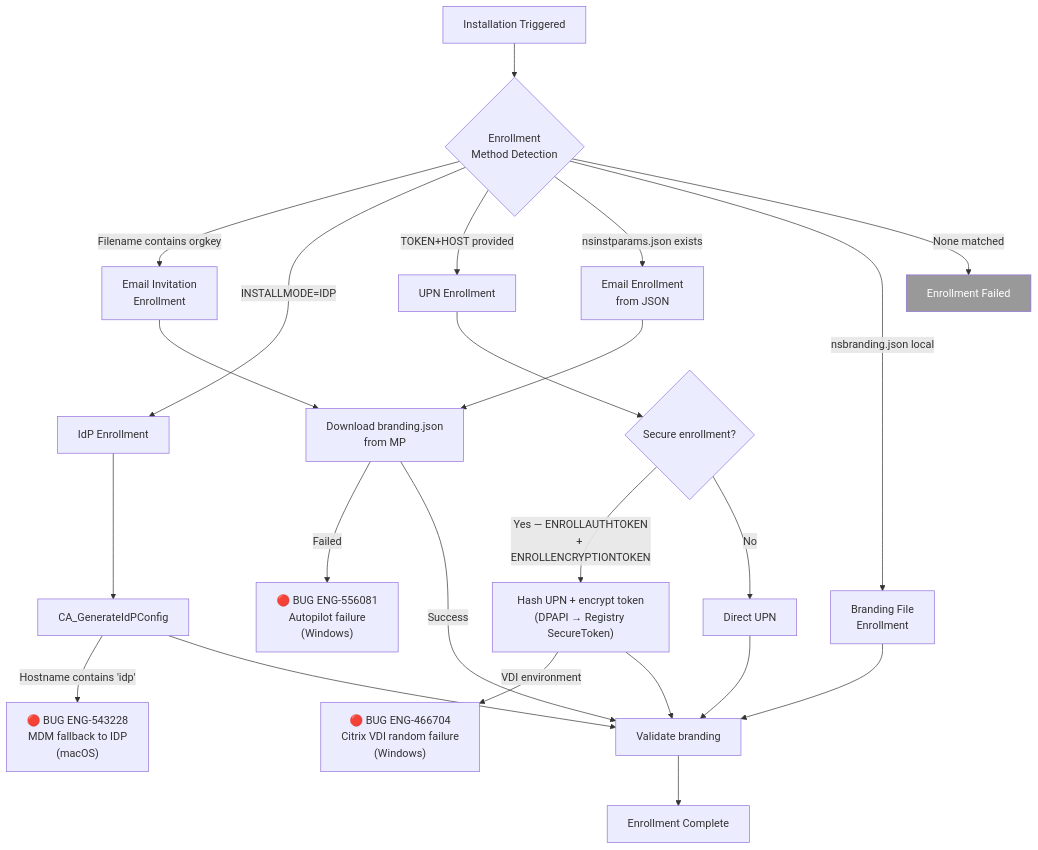
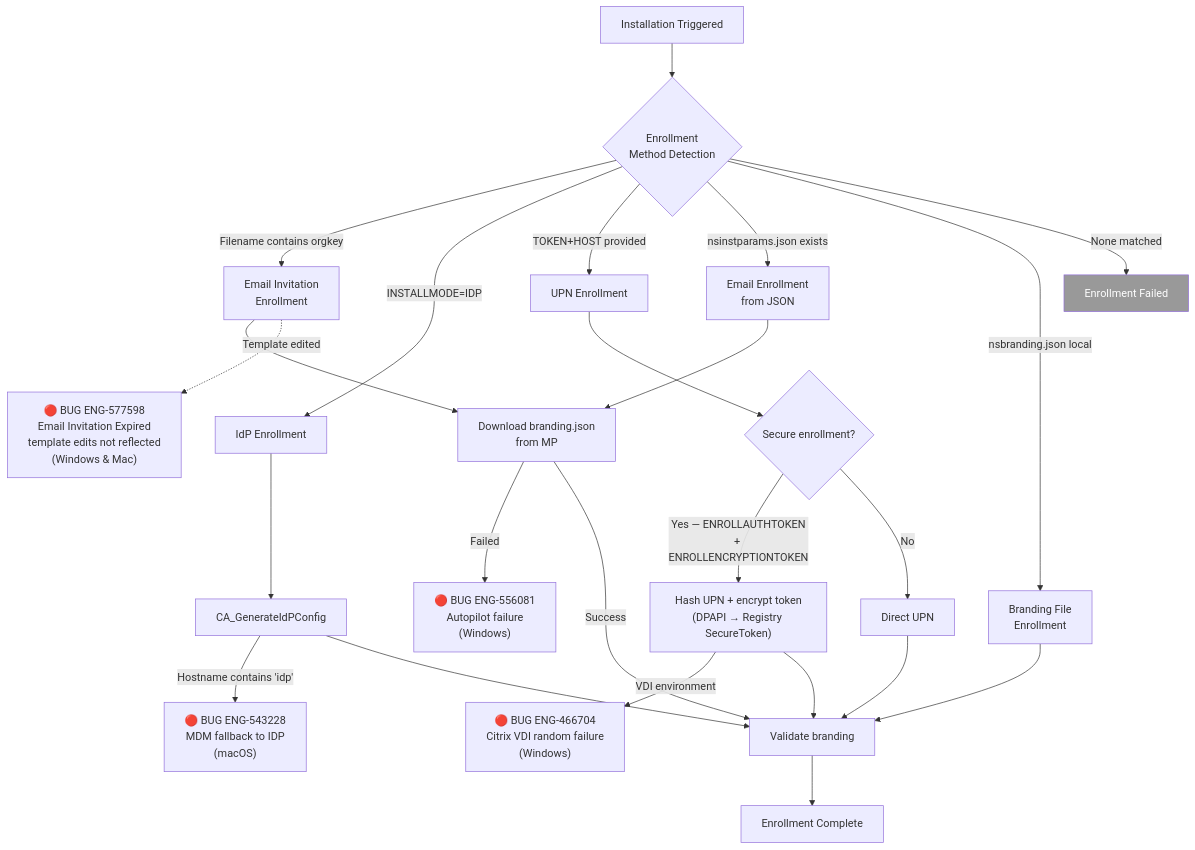
One commit to ns-klin/endpoint_system_test_plan changed the first of 15 diagrams in chapters/01_installation.md. Above: the diagram before and after it, drawn with Mermaid. The commit also changed other lines of this file and 26 other files, not shown here.

First line of the commit message:
Add 87 bugs from Excel enrichment and integrate into mermaid diagrams

````diff
--- a/chapters/01_installation.md
+++ b/chapters/01_installation.md
@@ -29,32 +29,34 @@
 ```mermaid
 flowchart TD
     START[Installation Triggered] --> CHECK{Enrollment<br/>Method Detection}
     
     CHECK -->|Filename contains orgkey| EMAIL[Email Invitation<br/>Enrollment]
     CHECK -->|INSTALLMODE=IDP| IDP[IdP Enrollment]
     CHECK -->|TOKEN+HOST provided| UPN[UPN Enrollment]
     CHECK -->|nsinstparams.json exists| JSON[Email Enrollment<br/>from JSON]
     CHECK -->|nsbranding.json local| LOCAL[Branding File<br/>Enrollment]
     CHECK -->|None matched| FAIL[Enrollment Failed]
     
     EMAIL --> DOWNLOAD[Download branding.json<br/>from MP]
     IDP --> IDP_GEN[CA_GenerateIdPConfig]
     UPN --> UPN_HASH{Secure enrollment?}
     JSON --> DOWNLOAD
     LOCAL --> VALIDATE[Validate branding]
     
     UPN_HASH -->|Yes — ENROLLAUTHTOKEN<br/>+ ENROLLENCRYPTIONTOKEN| HASH["Hash UPN + encrypt token<br/>(DPAPI → Registry SecureToken)"]
     UPN_HASH -->|No| PLAIN[Direct UPN]
     
     DOWNLOAD -->|Failed| BUG_DL["🔴 BUG ENG-556081<br/>Autopilot failure<br/>(Windows)"]
     IDP_GEN -->|Hostname contains 'idp'| BUG_IDP["🔴 BUG ENG-543228<br/>MDM fallback to IDP<br/>(macOS)"]
     HASH -->|VDI environment| BUG_VDI["🔴 BUG ENG-466704<br/>Citrix VDI random failure<br/>(Windows)"]
     
+    EMAIL -.->|Template edited| BUG_TEMPLATE["🔴 BUG ENG-577598<br/>Email Invitation Expired<br/>template edits not reflected<br/>(Windows & Mac)"]
+    
     DOWNLOAD -->|Success| VALIDATE
     IDP_GEN --> VALIDATE
     HASH --> VALIDATE
     PLAIN --> VALIDATE
     VALIDATE --> DONE[Enrollment Complete]
 
     style FAIL fill:#999,color:#fff
 ```
````
